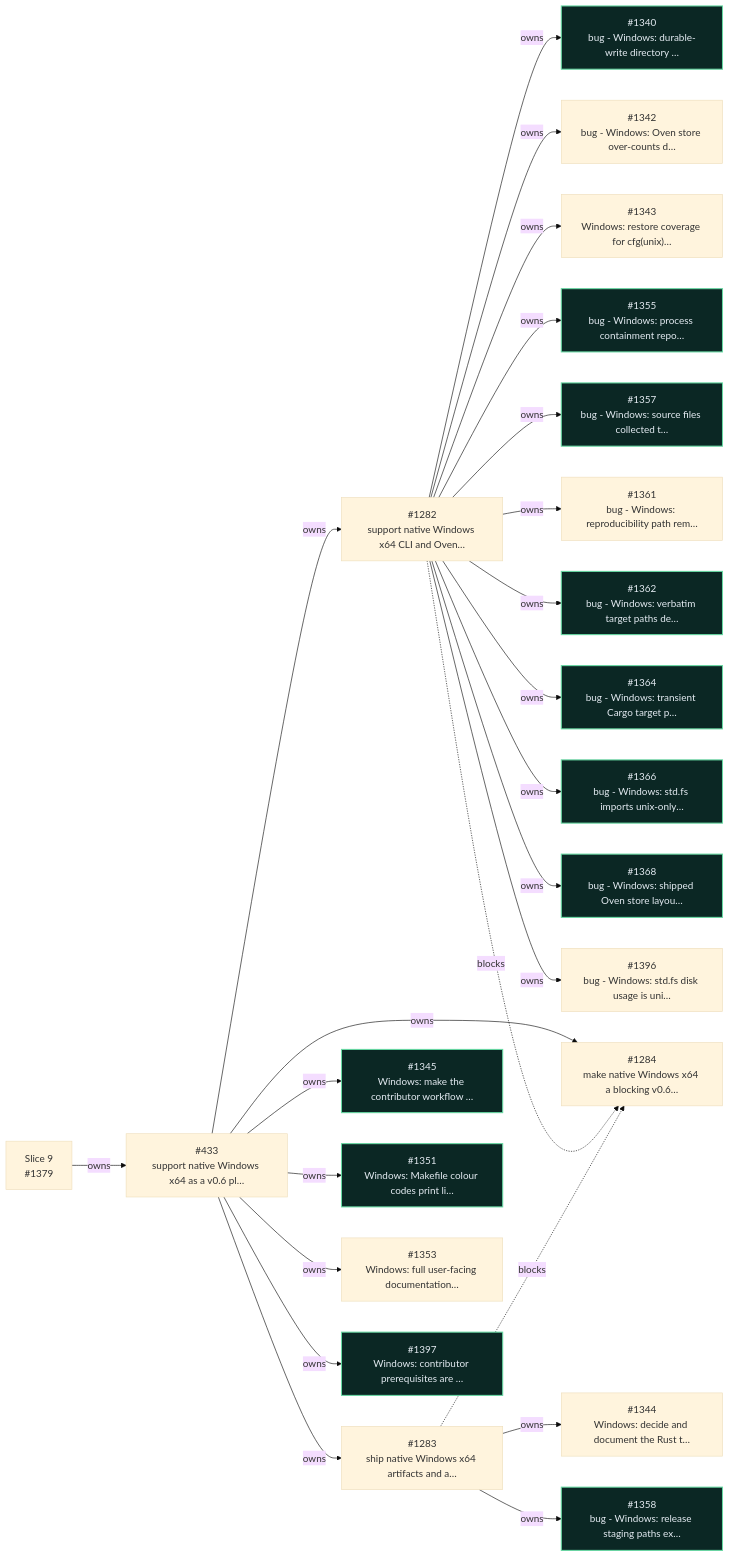
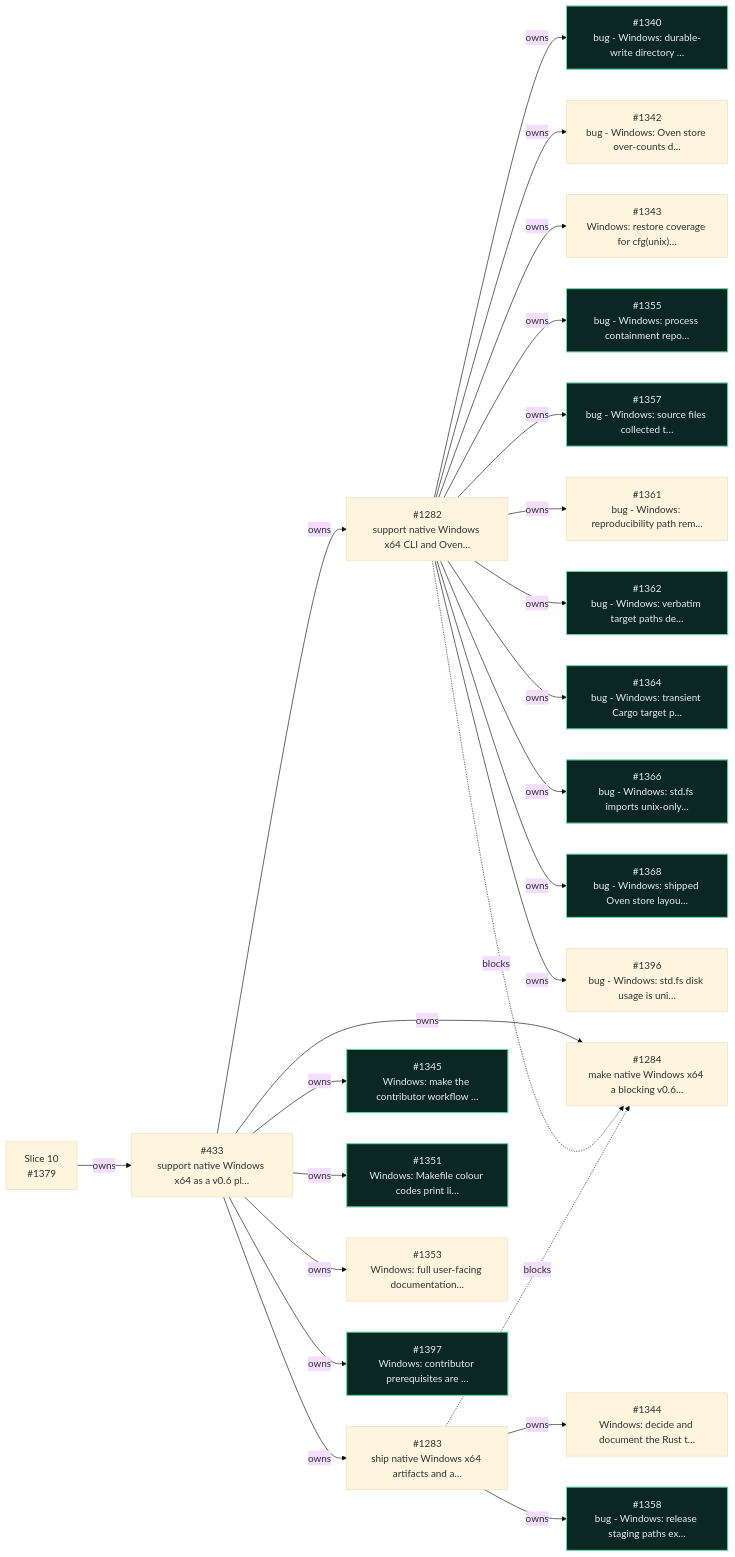
Before and after one commit to encero-systems/incan: the tenth of 12 diagrams in workspaces/docs-site/docs/_snippets/project/v0_6_roadmap.md, drawn with Mermaid (base theme). The commit also changed other lines of this file and 7 other files, not shown here.

````diff
--- a/workspaces/docs-site/docs/_snippets/project/v0_6_roadmap.md
+++ b/workspaces/docs-site/docs/_snippets/project/v0_6_roadmap.md
@@ -687,72 +721,72 @@
 ```mermaid
 flowchart LR
   i433["#433<br/>support native Windows x64 as a v0.6 pl…"]
   i1282["#1282<br/>support native Windows x64 CLI and Oven…"]
   i1283["#1283<br/>ship native Windows x64 artifacts and a…"]
   i1284["#1284<br/>make native Windows x64 a blocking v0.6…"]
   i1340["#1340<br/>bug - Windows: durable-write directory …"]
   i1342["#1342<br/>bug - Windows: Oven store over-counts d…"]
   i1343["#1343<br/>Windows: restore coverage for cfg(unix)…"]
   i1344["#1344<br/>Windows: decide and document the Rust t…"]
   i1345["#1345<br/>Windows: make the contributor workflow …"]
   i1351["#1351<br/>Windows: Makefile colour codes print li…"]
   i1353["#1353<br/>Windows: full user-facing documentation…"]
   i1355["#1355<br/>bug - Windows: process containment repo…"]
   i1357["#1357<br/>bug - Windows: source files collected t…"]
   i1358["#1358<br/>bug - Windows: release staging paths ex…"]
   i1361["#1361<br/>bug - Windows: reproducibility path rem…"]
   i1362["#1362<br/>bug - Windows: verbatim target paths de…"]
   i1364["#1364<br/>bug - Windows: transient Cargo target p…"]
   i1366["#1366<br/>bug - Windows: std.fs imports unix-only…"]
   i1368["#1368<br/>bug - Windows: shipped Oven store layou…"]
-  s1379["Slice 9<br/>#1379"]
+  s1379["Slice 10<br/>#1379"]
   i1396["#1396<br/>bug - Windows: std.fs disk usage is uni…"]
   i1397["#1397<br/>Windows: contributor prerequisites are …"]
   s1379 -- owns --> i433
   i433 -- owns --> i1282
   i433 -- owns --> i1283
   i433 -- owns --> i1284
   i1282 -- owns --> i1340
   i1282 -- owns --> i1342
   i1282 -- owns --> i1343
   i1283 -- owns --> i1344
   i433 -- owns --> i1345
   i433 -- owns --> i1351
   i433 -- owns --> i1353
   i1282 -- owns --> i1355
   i1282 -- owns --> i1357
   i1283 -- owns --> i1358
   i1282 -- owns --> i1361
   i1282 -- owns --> i1362
   i1282 -- owns --> i1364
   i1282 -- owns --> i1366
   i1282 -- owns --> i1368
   i1282 -- owns --> i1396
   i433 -- owns --> i1397
   i1282 -. blocks .-> i1284
   i1283 -. blocks .-> i1284
   classDef incv06complete fill:#0b2724,stroke:#66d9a3,color:#e4ebf2,stroke-width:1.7px
   class i1340,i1345,i1351,i1355,i1357,i1358,i1362,i1364,i1366,i1368,i1397 incv06complete
   click i433 href "https://github.com/encero-systems/incan/issues/433" "Open #433 on GitHub"
   click i1282 href "https://github.com/encero-systems/incan/issues/1282" "Open #1282 on GitHub"
   click i1283 href "https://github.com/encero-systems/incan/issues/1283" "Open #1283 on GitHub"
   click i1284 href "https://github.com/encero-systems/incan/issues/1284" "Open #1284 on GitHub"
   click i1340 href "https://github.com/encero-systems/incan/issues/1340" "Open #1340 on GitHub"
   click i1342 href "https://github.com/encero-systems/incan/issues/1342" "Open #1342 on GitHub"
   click i1343 href "https://github.com/encero-systems/incan/issues/1343" "Open #1343 on GitHub"
   click i1344 href "https://github.com/encero-systems/incan/issues/1344" "Open #1344 on GitHub"
   click i1345 href "https://github.com/encero-systems/incan/issues/1345" "Open #1345 on GitHub"
   click i1351 href "https://github.com/encero-systems/incan/issues/1351" "Open #1351 on GitHub"
   click i1353 href "https://github.com/encero-systems/incan/issues/1353" "Open #1353 on GitHub"
   click i1355 href "https://github.com/encero-systems/incan/issues/1355" "Open #1355 on GitHub"
   click i1357 href "https://github.com/encero-systems/incan/issues/1357" "Open #1357 on GitHub"
   click i1358 href "https://github.com/encero-systems/incan/issues/1358" "Open #1358 on GitHub"
   click i1361 href "https://github.com/encero-systems/incan/issues/1361" "Open #1361 on GitHub"
   click i1362 href "https://github.com/encero-systems/incan/issues/1362" "Open #1362 on GitHub"
   click i1364 href "https://github.com/encero-systems/incan/issues/1364" "Open #1364 on GitHub"
   click i1366 href "https://github.com/encero-systems/incan/issues/1366" "Open #1366 on GitHub"
   click i1368 href "https://github.com/encero-systems/incan/issues/1368" "Open #1368 on GitHub"
   click s1379 href "https://github.com/encero-systems/incan/issues/1379" "Open #1379 on GitHub"
   click i1396 href "https://github.com/encero-systems/incan/issues/1396" "Open #1396 on GitHub"
   click i1397 href "https://github.com/encero-systems/incan/issues/1397" "Open #1397 on GitHub"
 ```
````
